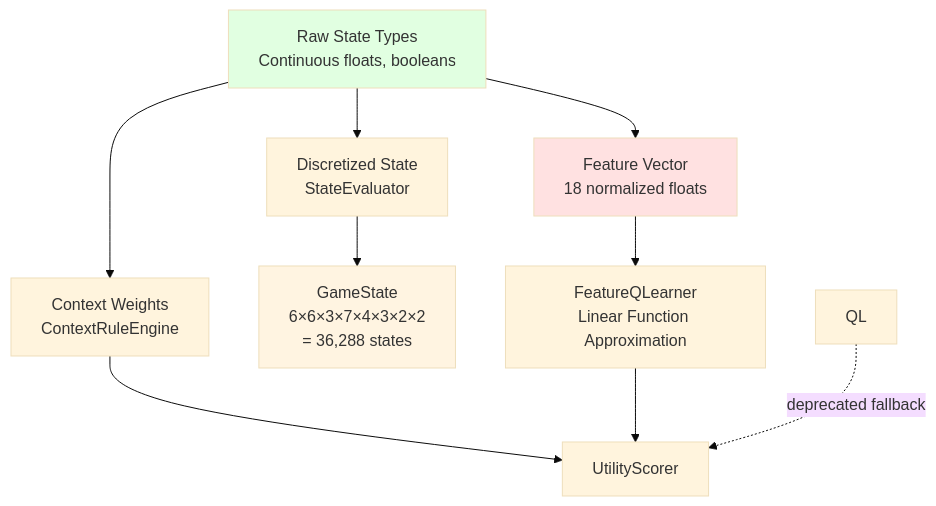
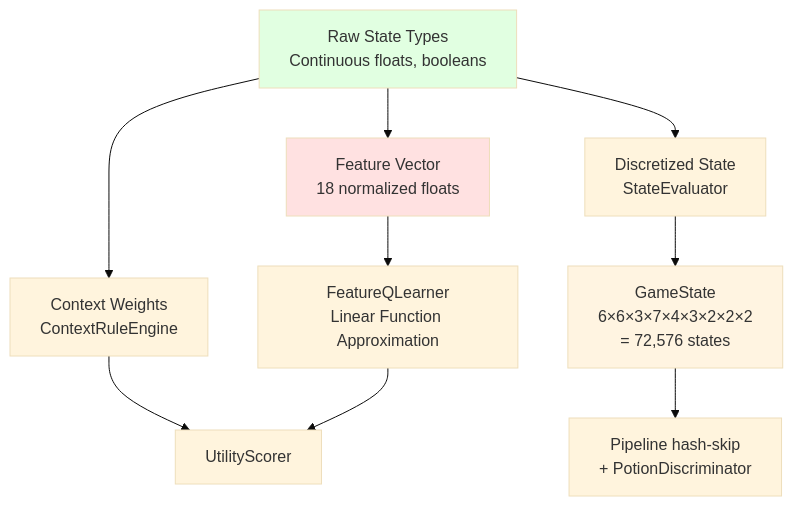
One commit to LandingCrew/huginn changed diagram 11 of 13 in docs/architecture/1-states.md. Above: the diagram before and after it, drawn with Mermaid (base theme). The commit also changed other lines of this file and 27 other files, not shown here.

````diff
--- a/docs/architecture/1-states.md
+++ b/docs/architecture/1-states.md
@@ -759,20 +982,18 @@
 ```mermaid
 graph TB
     Raw[Raw State Types<br/>Continuous floats, booleans] --> CW[Context Weights<br/>ContextRuleEngine]
     Raw --> Disc[Discretized State<br/>StateEvaluator]
 
-    Disc --> GS[GameState<br/>6×6×3×7×4×3×2×2<br/>= 36,288 states]
-
-    %% Tabular QLearner removed in v0.13.x; GameState now feeds the pipeline skip-check only
+    Disc --> GS["GameState<br/>6×6×3×7×4×3×2×2×2<br/>= 72,576 states"]
+    GS --> Skip[Pipeline hash-skip<br/>+ PotionDiscriminator]
 
     Raw --> FV[Feature Vector<br/>18 normalized floats]
     FV --> FQL[FeatureQLearner<br/>Linear Function Approximation]
 
     CW --> Scorer[UtilityScorer]
     FQL --> Scorer
-    QL -.->|deprecated fallback| Scorer
 
     style Raw fill:#e1ffe1
     style GS fill:#fff4e1
     style FV fill:#ffe1e1
 ```
````
